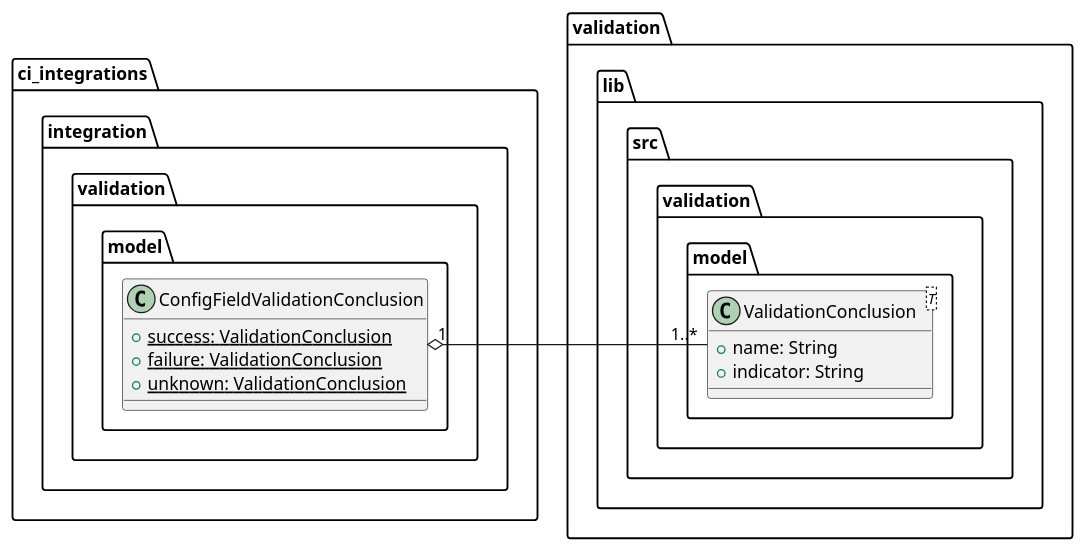
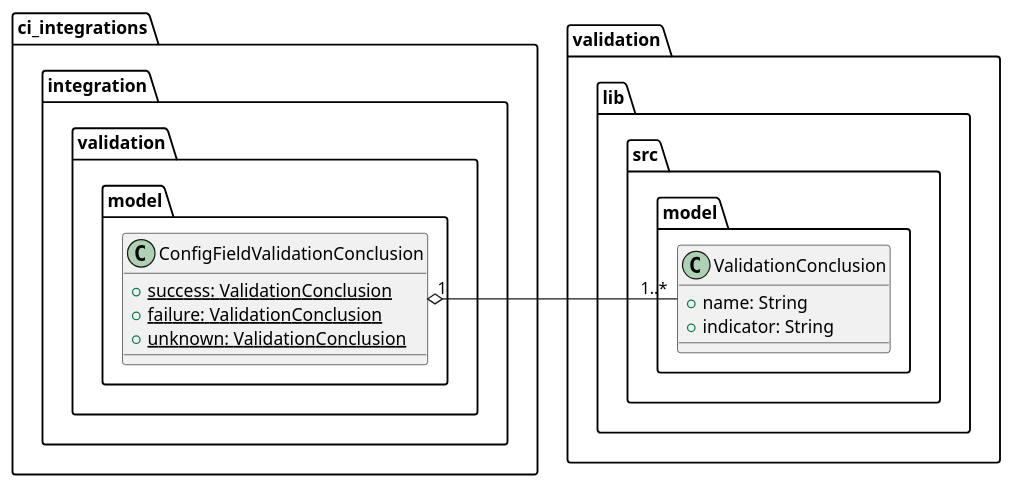
Before and after one commit to Flank/flank-dashboard: the diagram in metrics/cli/docs/features/doctor_output_improvements/diagrams/config_validation_conclusion_class_diagram.puml, drawn with PlantUML. The commit also changed 5 other files, not shown here.

```diff
--- a/metrics/cli/docs/features/doctor_output_improvements/diagrams/config_validation_conclusion_class_diagram.puml
+++ b/metrics/cli/docs/features/doctor_output_improvements/diagrams/config_validation_conclusion_class_diagram.puml
@@ -1,20 +1,20 @@
 @startuml ci_integrations_validator_class_diagram
 
-package validation.lib.src.validation.model {
-    class ValidationConclusion<T> {
+package validation.lib.src.model {
+    class ValidationConclusion {
         + name: String
         + indicator: String
     }
 }
 
 package ci_integrations.integration.validation.model {
     class ConfigFieldValidationConclusion {
         + {static} success: ValidationConclusion
         + {static} failure: ValidationConclusion
         + {static} unknown: ValidationConclusion
     }
 }
 
 ValidationConclusion "1..*" -left-o "1" ConfigFieldValidationConclusion
 
 @enduml
```
